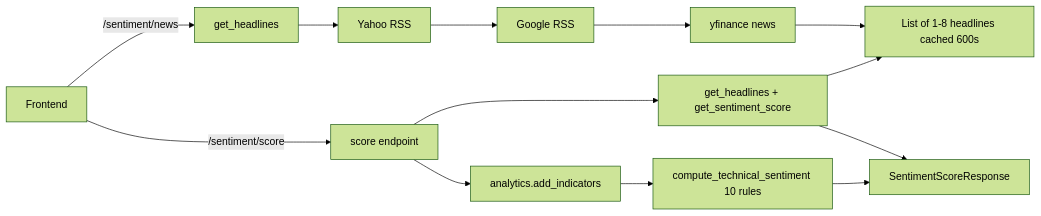
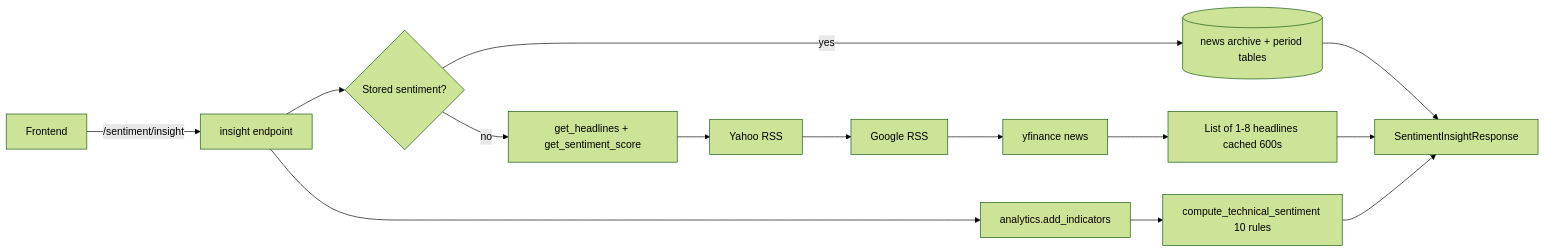
One commit to raunak-ray/StockView-India changed the first of 4 diagrams in docs/modules/sentiment/how-it-works.md. Above: the diagram before and after it, drawn with Mermaid (forest theme). The commit also changed other lines of this file and 15 other files, not shown here.

Commit message:
feat: serve stored sentiment through new insight endpoint

````diff
--- a/docs/modules/sentiment/how-it-works.md
+++ b/docs/modules/sentiment/how-it-works.md
@@ -9,12 +9,12 @@
 ```mermaid
 flowchart LR
-    Client[Frontend] -->|/sentiment/news| News[get_headlines]
-    Client -->|/sentiment/score| Score[score endpoint]
-    News --> Y[Yahoo RSS] --> G[Google RSS] --> F[yfinance news]
+    Client[Frontend] -->|/sentiment/insight| Insight[insight endpoint]
+    Insight --> Stored{Stored sentiment?}
+    Stored -->|yes| Arch[(news archive + period tables)]
+    Stored -->|no| Live[get_headlines + get_sentiment_score]
+    Live --> Y[Yahoo RSS] --> G[Google RSS] --> F[yfinance news]
     F --> H[List of 1-8 headlines cached 600s]
-    Score --> NH[get_headlines + get_sentiment_score]
-    NH --> H
-    Score --> TC[analytics.add_indicators]
+    Insight --> TC[analytics.add_indicators]
     TC --> TS[compute_technical_sentiment 10 rules]
-    NH & TS --> Resp[SentimentScoreResponse]
+    Arch & H & TS --> Resp[SentimentInsightResponse]
 ```
````
